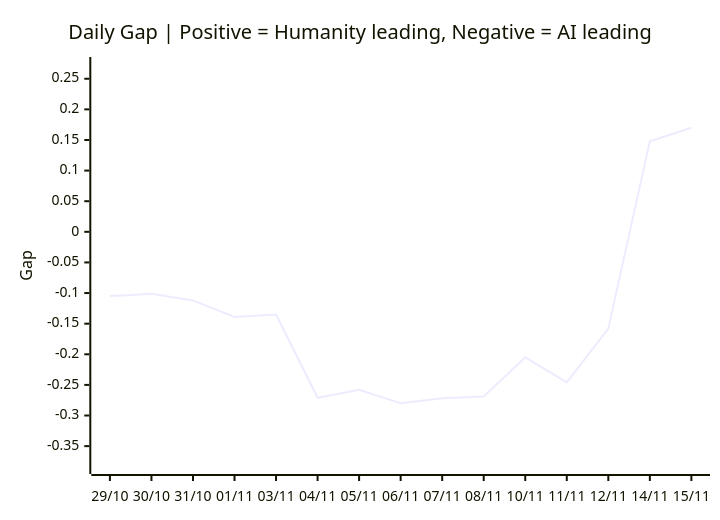
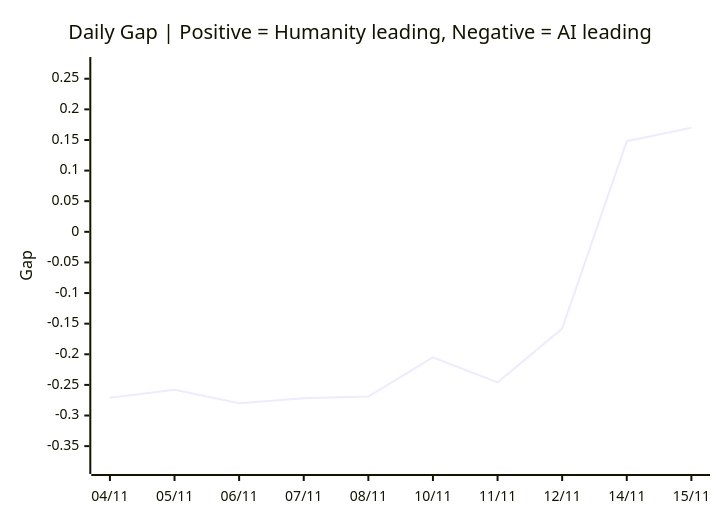
The third of 3 diagrams in README.md (VQQLK/Human-AI-Monitor), drawn with Mermaid before and after one commit. The commit also changed other lines of this file and 3 other files, not shown here.

First line of the commit message:
fix(readme): enforce 10-day limit for Daily Gap chart and table

````diff
--- a/README.md
+++ b/README.md
@@ -55,7 +55,7 @@
 ```mermaid
 xychart-beta
     title "Daily Gap | Positive = Humanity leading, Negative = AI leading"
-    x-axis ["29/10", "30/10", "31/10", "01/11", "03/11", "04/11", "05/11", "06/11", "07/11", "08/11", "10/11", "11/11", "12/11", "14/11", "15/11"]
+    x-axis ["04/11", "05/11", "06/11", "07/11", "08/11", "10/11", "11/11", "12/11", "14/11", "15/11"]
     y-axis "Gap" -0.380 --> 0.270
-    line [-0.105, -0.101, -0.112, -0.139, -0.135, -0.271, -0.258, -0.280, -0.272, -0.269, -0.205, -0.246, -0.158, 0.148, 0.170]
+    line [-0.271, -0.258, -0.280, -0.272, -0.269, -0.205, -0.246, -0.158, 0.148, 0.170]
 ```
````
